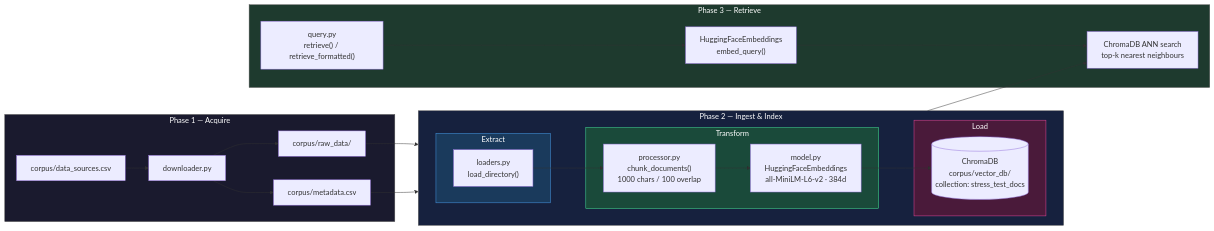
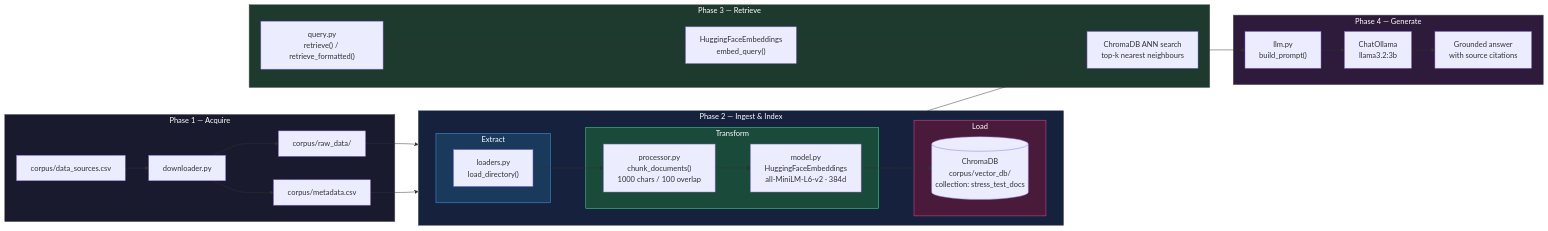
The first of 3 diagrams in docs/architecture.md (garthmortensen/rag_v1), drawn with Mermaid before and after one commit. The commit also changed other lines of this file and 8 other files, not shown here.

Commit message:
feat(answer): add llm answer step

````diff
--- a/docs/architecture.md
+++ b/docs/architecture.md
@@ -34,50 +38,60 @@
 ```mermaid
 graph LR
     subgraph Phase1["Phase 1 — Acquire"]
         CSV["corpus/data_sources.csv"]
         DL["downloader.py"]
         RAW["corpus/raw_data/"]
         META["corpus/metadata.csv"]
 
         CSV --> DL
         DL --> RAW
         DL --> META
     end
 
     subgraph Phase2["Phase 2 — Ingest & Index"]
         direction LR
         subgraph Extract
             LOAD["loaders.py<br/>load_directory()"]
         end
 
         subgraph Transform
             CHUNK["processor.py<br/>chunk_documents()<br/>1000 chars / 100 overlap"]
             EMBED["model.py<br/>HuggingFaceEmbeddings<br/>all-MiniLM-L6-v2 · 384d"]
         end
 
         subgraph Load
             CHROMA[("ChromaDB<br/>corpus/vector_db/<br/>collection: stress_test_docs")]
         end
 
         LOAD --> CHUNK --> EMBED --> CHROMA
     end
 
     subgraph Phase3["Phase 3 — Retrieve"]
         QUERY["query.py<br/>retrieve() / retrieve_formatted()"]
         SEMBED["HuggingFaceEmbeddings<br/>embed_query()"]
         ANN["ChromaDB ANN search<br/>top-k nearest neighbours"]
 
         QUERY --> SEMBED --> ANN
     end
 
+    subgraph Phase4["Phase 4 — Generate"]
+        PROMPT["llm.py<br/>build_prompt()"]
+        LLM["ChatOllama<br/>llama3.2:3b"]
+        ANSWER["Grounded answer<br/>with source citations"]
+
+        PROMPT --> LLM --> ANSWER
+    end
+
     RAW --> LOAD
     META --> EMBED
     CHROMA --> ANN
+    ANN --> PROMPT
 
     style Phase1 fill:#1a1a2e,stroke:#555,color:#fff
     style Phase2 fill:#16213e,stroke:#555,color:#fff
     style Phase3 fill:#1e3a2e,stroke:#555,color:#fff
+    style Phase4 fill:#2e1a3a,stroke:#555,color:#fff
     style Extract fill:#1a3a5c,stroke:#4a9eed,color:#fff
     style Transform fill:#1a4a3a,stroke:#4aed9e,color:#fff
     style Load fill:#4a1a3a,stroke:#ed4a9e,color:#fff
 ```
````
